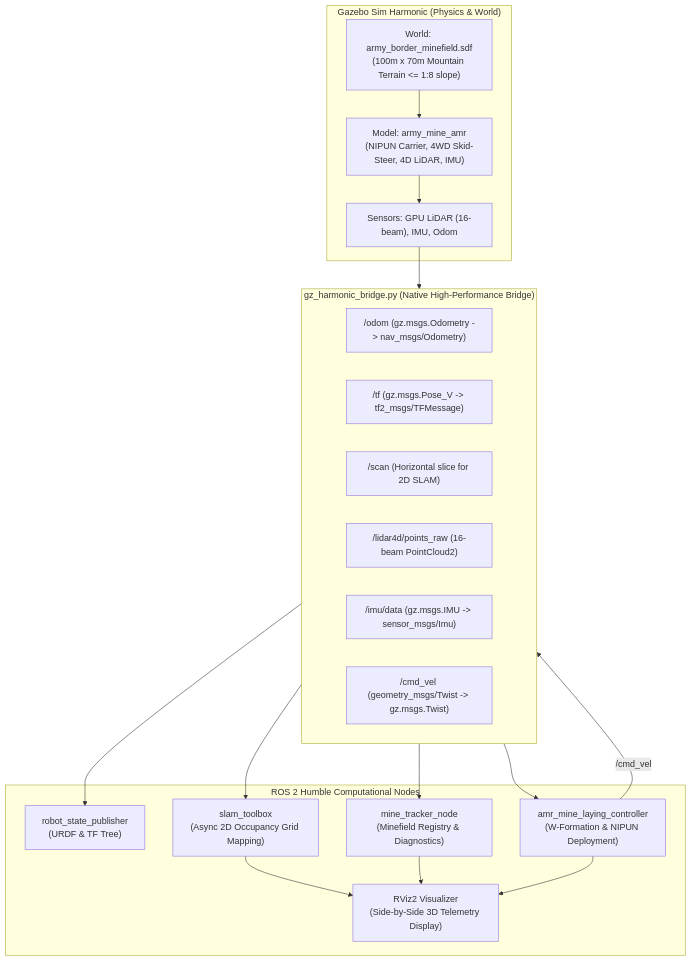
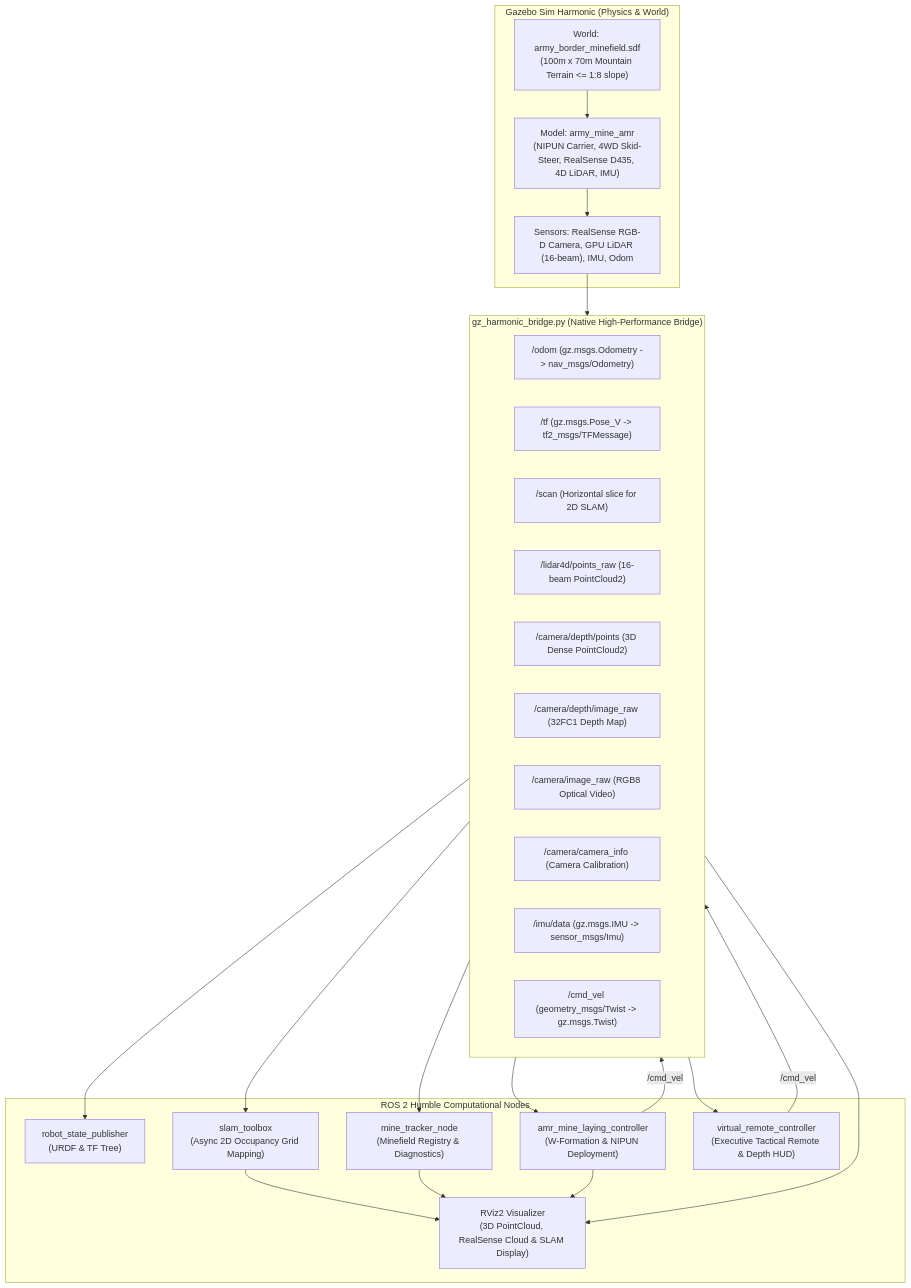
Before and after one commit to namanharshwal/Miner_Detonator_Bot: the diagram in README.md, drawn with Mermaid. The commit also changed other lines of this file and 12 other files, not shown here.

Commit message:
feat: integrate RealSense D435 RGB-D depth camera with Gazebo, ROS 2 bridge, RViz 3D pointcloud, and Executive Remote Depth HUD

````diff
--- a/README.md
+++ b/README.md
@@ -72,37 +78,45 @@
 ```mermaid
 flowchart TD
     subgraph GAZEBO["Gazebo Sim Harmonic (Physics & World)"]
         GZ_WORLD["World: army_border_minefield.sdf\n(100m x 70m Mountain Terrain <= 1:8 slope)"]
-        GZ_ROBOT["Model: army_mine_amr\n(NIPUN Carrier, 4WD Skid-Steer, 4D LiDAR, IMU)"]
-        GZ_SENSORS["Sensors: GPU LiDAR (16-beam), IMU, Odom"]
+        GZ_ROBOT["Model: army_mine_amr\n(NIPUN Carrier, 4WD Skid-Steer, RealSense D435, 4D LiDAR, IMU)"]
+        GZ_SENSORS["Sensors: RealSense RGB-D Camera, GPU LiDAR (16-beam), IMU, Odom"]
         GZ_WORLD --> GZ_ROBOT
         GZ_ROBOT --> GZ_SENSORS
     end
 
     subgraph BRIDGE["gz_harmonic_bridge.py (Native High-Performance Bridge)"]
         BR_ODOM["/odom (gz.msgs.Odometry -> nav_msgs/Odometry)"]
         BR_TF["/tf (gz.msgs.Pose_V -> tf2_msgs/TFMessage)"]
         BR_SCAN["/scan (Horizontal slice for 2D SLAM)"]
         BR_PC["/lidar4d/points_raw (16-beam PointCloud2)"]
+        BR_RGBD["/camera/depth/points (3D Dense PointCloud2)"]
+        BR_DEPTH["/camera/depth/image_raw (32FC1 Depth Map)"]
+        BR_RGB["/camera/image_raw (RGB8 Optical Video)"]
+        BR_INFO["/camera/camera_info (Camera Calibration)"]
         BR_IMU["/imu/data (gz.msgs.IMU -> sensor_msgs/Imu)"]
         BR_CMD["/cmd_vel (geometry_msgs/Twist -> gz.msgs.Twist)"]
     end
 
     subgraph ROS2["ROS 2 Humble Computational Nodes"]
         RSP["robot_state_publisher\n(URDF & TF Tree)"]
         SLAM["slam_toolbox\n(Async 2D Occupancy Grid Mapping)"]
         TRACKER["mine_tracker_node\n(Minefield Registry & Diagnostics)"]
         CONTROLLER["amr_mine_laying_controller\n(W-Formation & NIPUN Deployment)"]
-        RVIZ["RViz2 Visualizer\n(Side-by-Side 3D Telemetry Display)"]
+        REMOTE["virtual_remote_controller\n(Executive Tactical Remote & Depth HUD)"]
+        RVIZ["RViz2 Visualizer\n(3D PointCloud, RealSense Cloud & SLAM Display)"]
     end
 
     GZ_SENSORS --> BRIDGE
     BRIDGE --> RSP
     BRIDGE --> SLAM
     BRIDGE --> TRACKER
     BRIDGE --> CONTROLLER
+    BRIDGE --> REMOTE
     CONTROLLER -->|/cmd_vel| BRIDGE
+    REMOTE -->|/cmd_vel| BRIDGE
     SLAM --> RVIZ
     TRACKER --> RVIZ
     CONTROLLER --> RVIZ
+    BRIDGE --> RVIZ
 ```
````
